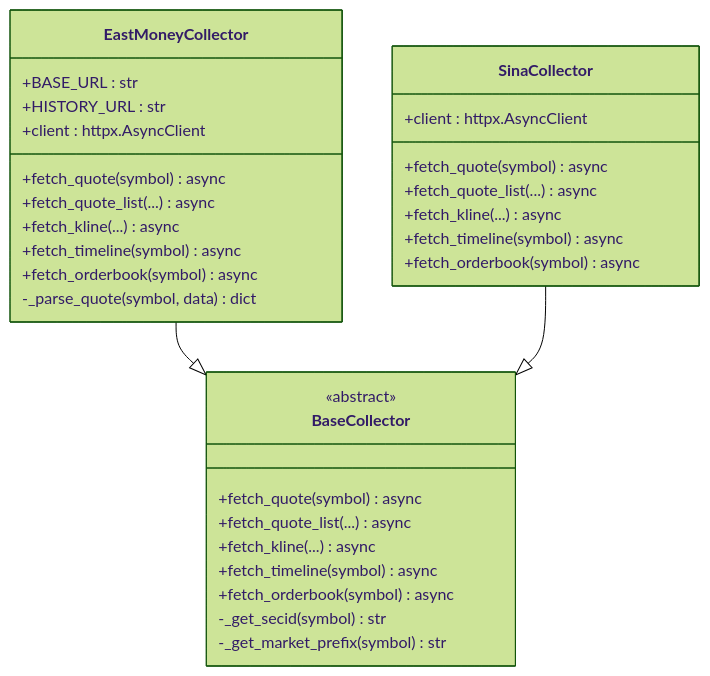
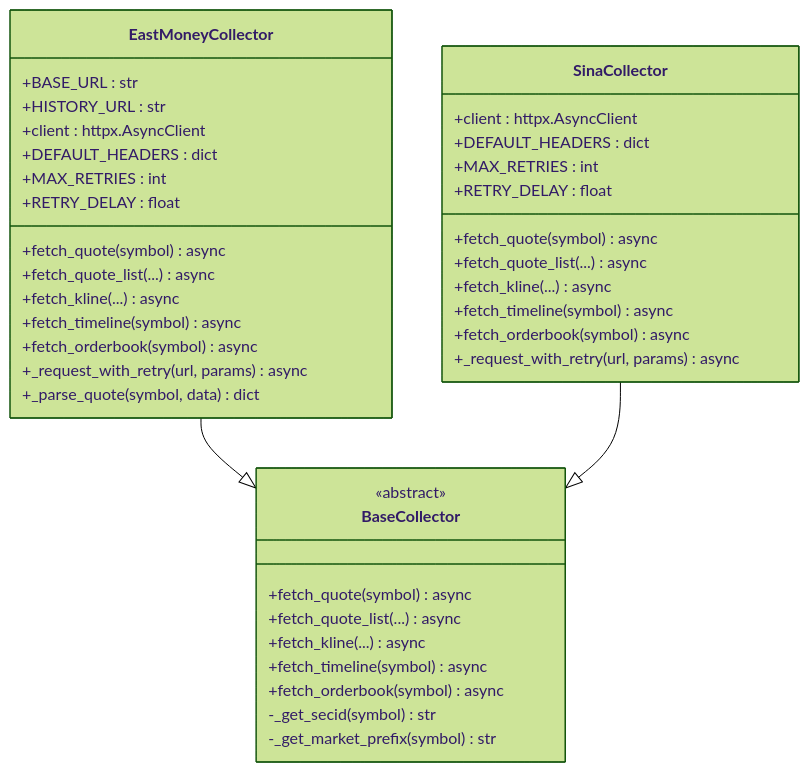
One commit to We3le7/stock-view changed the third of 6 diagrams in .qoder/repowiki/zh/content/后端开发/数据服务层/东方财富数据采集器.md. Above: the diagram before and after it, drawn with Mermaid (forest theme). The commit also changed other lines of this file and 5 other files, not shown here.

````diff
--- a/.qoder/repowiki/zh/content/后端开发/数据服务层/东方财富数据采集器.md
+++ b/.qoder/repowiki/zh/content/后端开发/数据服务层/东方财富数据采集器.md
@@ -154,34 +169,42 @@
 ```mermaid
 classDiagram
 class BaseCollector {
 <<abstract>>
 +fetch_quote(symbol) async
 +fetch_quote_list(...) async
 +fetch_kline(...) async
 +fetch_timeline(symbol) async
 +fetch_orderbook(symbol) async
 -_get_secid(symbol) str
 -_get_market_prefix(symbol) str
 }
 class EastMoneyCollector {
 +BASE_URL : str
 +HISTORY_URL : str
 +client : httpx.AsyncClient
++DEFAULT_HEADERS : dict
++MAX_RETRIES : int
++RETRY_DELAY : float
 +fetch_quote(symbol) async
 +fetch_quote_list(...) async
 +fetch_kline(...) async
 +fetch_timeline(symbol) async
 +fetch_orderbook(symbol) async
--_parse_quote(symbol, data) dict
++_request_with_retry(url, params) async
++_parse_quote(symbol, data) dict
 }
 class SinaCollector {
 +client : httpx.AsyncClient
++DEFAULT_HEADERS : dict
++MAX_RETRIES : int
++RETRY_DELAY : float
 +fetch_quote(symbol) async
 +fetch_quote_list(...) async
 +fetch_kline(...) async
 +fetch_timeline(symbol) async
 +fetch_orderbook(symbol) async
++_request_with_retry(url, params) async
 }
 EastMoneyCollector --|> BaseCollector
 SinaCollector --|> BaseCollector
 ```
````
